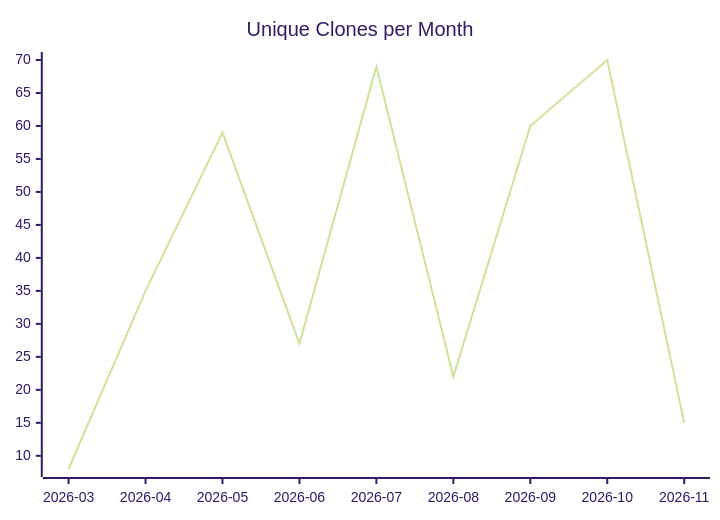
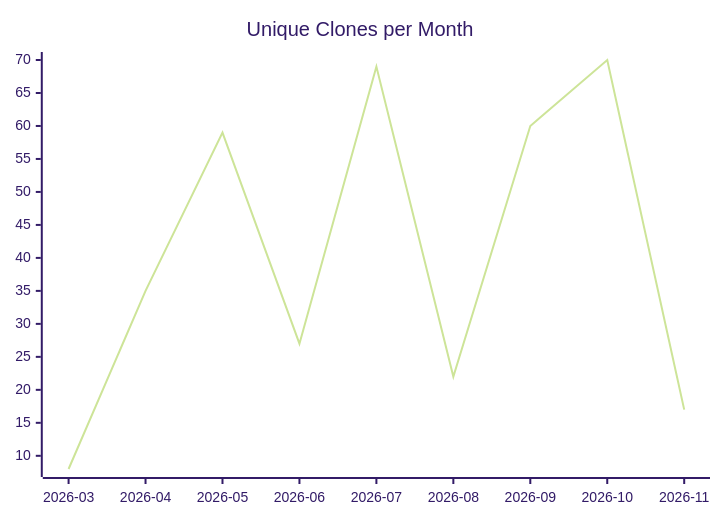
Before and after one commit to justdavis-family/github-analytics-data: the third of 3 diagrams in karlmdavis/fhir-benchmarks/README.md, drawn with Mermaid (forest theme). The commit also changed other lines of this file and 188 other files, not shown here.

````diff
--- a/karlmdavis/fhir-benchmarks/README.md
+++ b/karlmdavis/fhir-benchmarks/README.md
@@ -19,6 +19,6 @@
 ```mermaid
 xychart-beta
   title "Unique Clones per Month"
   x-axis ["2026-03", "2026-04", "2026-05", "2026-06", "2026-07", "2026-08", "2026-09", "2026-10", "2026-11"]
-  line [8, 35, 59, 27, 69, 22, 60, 70, 15]
+  line [8, 35, 59, 27, 69, 22, 60, 70, 17]
 ```
````
